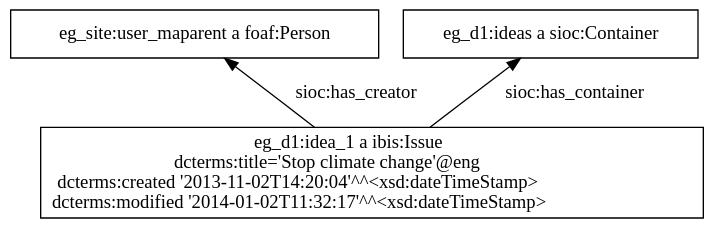
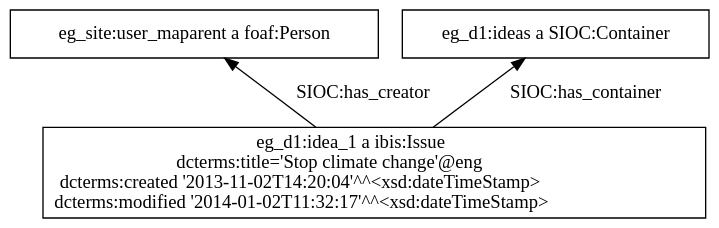
Before and after one commit to catalyst-fp7/documents: the ninth of 16 diagrams in interoperability/interoperability.md, drawn with Graphviz. The commit also changed other lines of this file, not shown here.

````diff
--- a/interoperability/interoperability.md
+++ b/interoperability/interoperability.md
@@ -1094,11 +1092,11 @@
 ```graphviz 0.83
 digraph g {
     graph [bgcolor="transparent", rankdir="BT"] ;
     node [fillcolor=white, style=filled,  shape=record];
     idea1 [label=<<table border='0' cellborder='0' cellpadding='0' cellspacing='0'><tr><td>eg_d1:idea_1 a ibis:Issue</td></tr><tr><td>dcterms:title='Stop climate change'@eng</td></tr><tr><td>dcterms:created '2013-11-02T14:20:04'^^&lt;xsd:dateTimeStamp&gt;</td></tr><tr><td>dcterms:modified '2014-01-02T11:32:17'^^&lt;xsd:dateTimeStamp&gt;</td></tr></table>>];
     user1 [label="eg_site:user_maparent a foaf:Person"];
-    idea1->user1 [label="sioc:has_creator"];
-    ideasContainer [label="eg_d1:ideas a sioc:Container"];
-    idea1->ideasContainer [label="sioc:has_container"];
+    idea1->user1 [label="SIOC:has_creator"];
+    ideasContainer [label="eg_d1:ideas a SIOC:Container"];
+    idea1->ideasContainer [label="SIOC:has_container"];
 }
 ```
````
